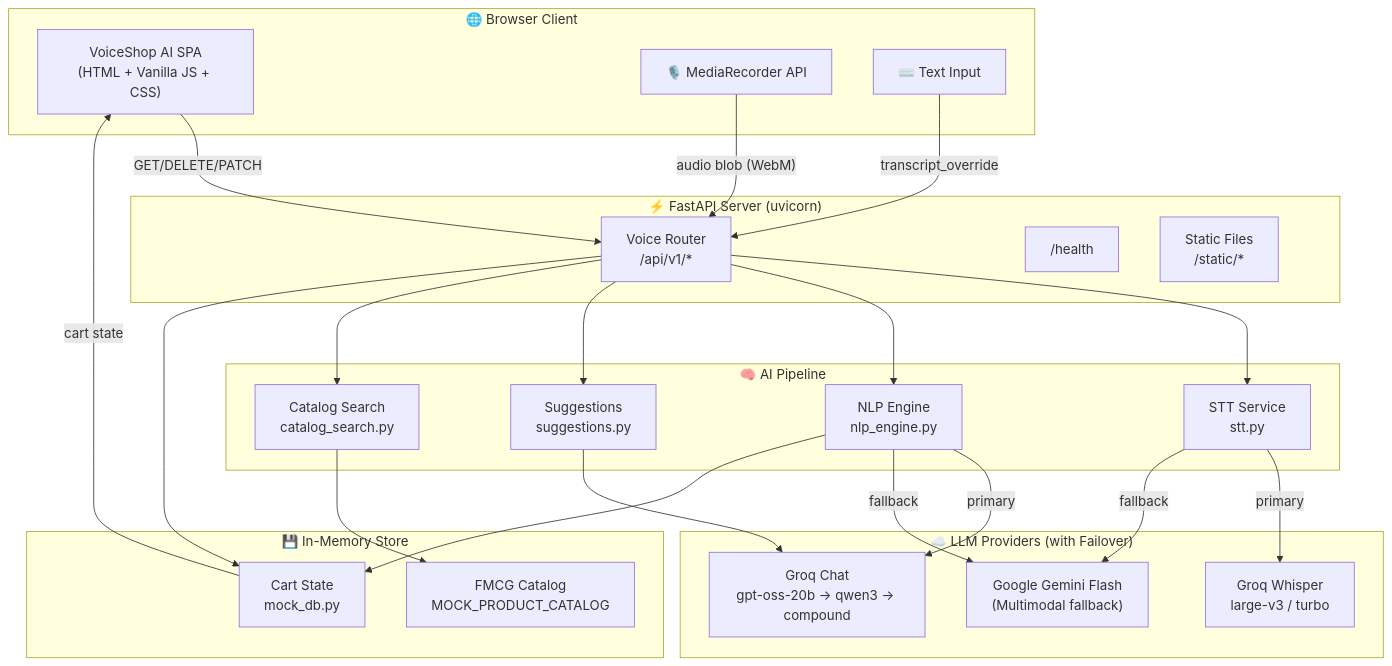
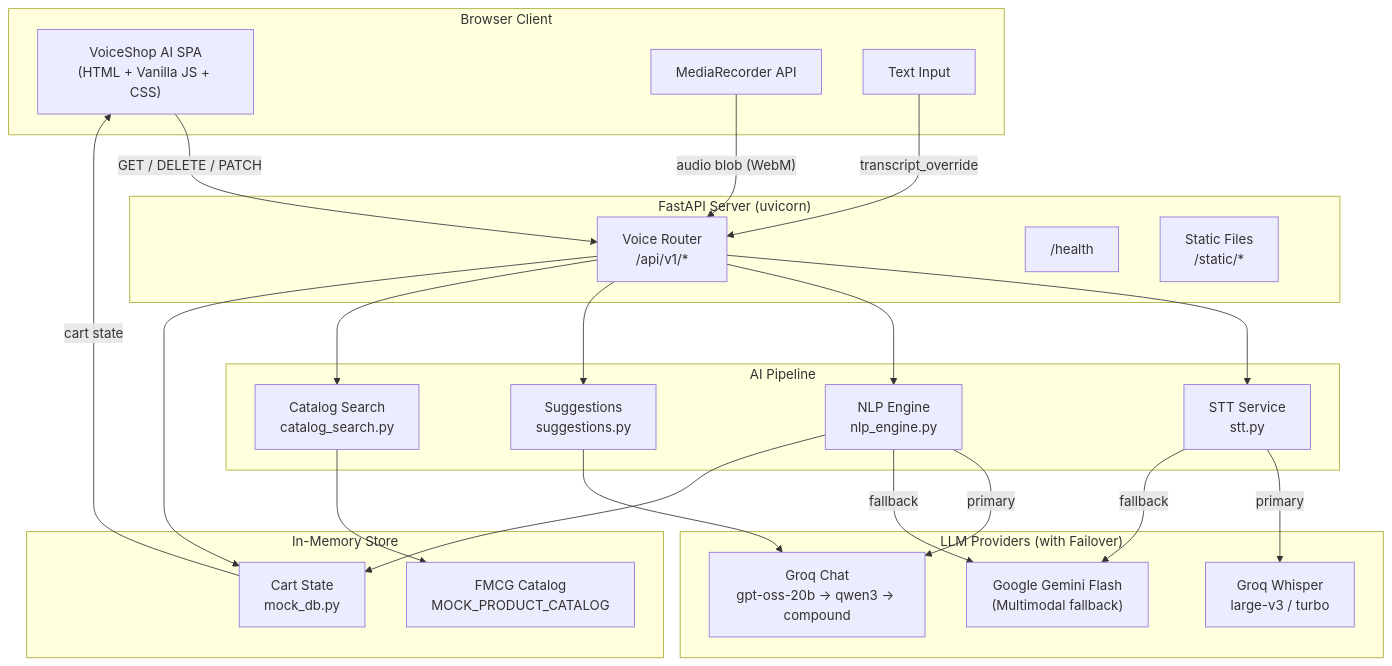
One commit to Swayam-Burde/Voice-Command-Shopping-Assisstant changed the first of 4 diagrams in README.md. Above: the diagram before and after it, drawn with Mermaid. The commit also changed other lines of this file, not shown here.

````diff
--- a/README.md
+++ b/README.md
@@ -141,52 +158,52 @@
 ```mermaid
 graph TB
-    subgraph Client["🌐 Browser Client"]
+    subgraph Client["Browser Client"]
         UI["VoiceShop AI SPA\n(HTML + Vanilla JS + CSS)"]
-        MIC["🎙️ MediaRecorder API"]
-        TEXT["⌨️ Text Input"]
+        MIC["MediaRecorder API"]
+        TEXT["Text Input"]
     end
 
-    subgraph API["⚡ FastAPI Server (uvicorn)"]
+    subgraph API["FastAPI Server (uvicorn)"]
         ROUTER["Voice Router\n/api/v1/*"]
         HEALTH["/health"]
         STATIC["Static Files\n/static/*"]
     end
 
-    subgraph Pipeline["🧠 AI Pipeline"]
+    subgraph Pipeline["AI Pipeline"]
         STT["STT Service\nstt.py"]
         NLP["NLP Engine\nnlp_engine.py"]
         SUG["Suggestions\nsuggestions.py"]
         SEARCH["Catalog Search\ncatalog_search.py"]
     end
 
-    subgraph LLM_Providers["☁️ LLM Providers (with Failover)"]
+    subgraph LLM_Providers["LLM Providers (with Failover)"]
         GROQ_W["Groq Whisper\nlarge-v3 / turbo"]
         GROQ_C["Groq Chat\ngpt-oss-20b → qwen3 → compound"]
         GEMINI["Google Gemini Flash\n(Multimodal fallback)"]
     end
 
-    subgraph Storage["💾 In-Memory Store"]
+    subgraph Storage["In-Memory Store"]
         CART["Cart State\nmock_db.py"]
         CATALOG["FMCG Catalog\nMOCK_PRODUCT_CATALOG"]
     end
 
     MIC -->|"audio blob (WebM)"| ROUTER
     TEXT -->|"transcript_override"| ROUTER
-    UI -->|"GET/DELETE/PATCH"| ROUTER
+    UI -->|"GET / DELETE / PATCH"| ROUTER
 
     ROUTER --> STT
     ROUTER --> NLP
     ROUTER --> SUG
     ROUTER --> SEARCH
     ROUTER --> CART
 
     STT -->|"primary"| GROQ_W
     STT -->|"fallback"| GEMINI
     NLP -->|"primary"| GROQ_C
     NLP -->|"fallback"| GEMINI
     SUG --> GROQ_C
 
     SEARCH --> CATALOG
     NLP --> CART
     CART -->|"cart state"| UI
 ```
````
